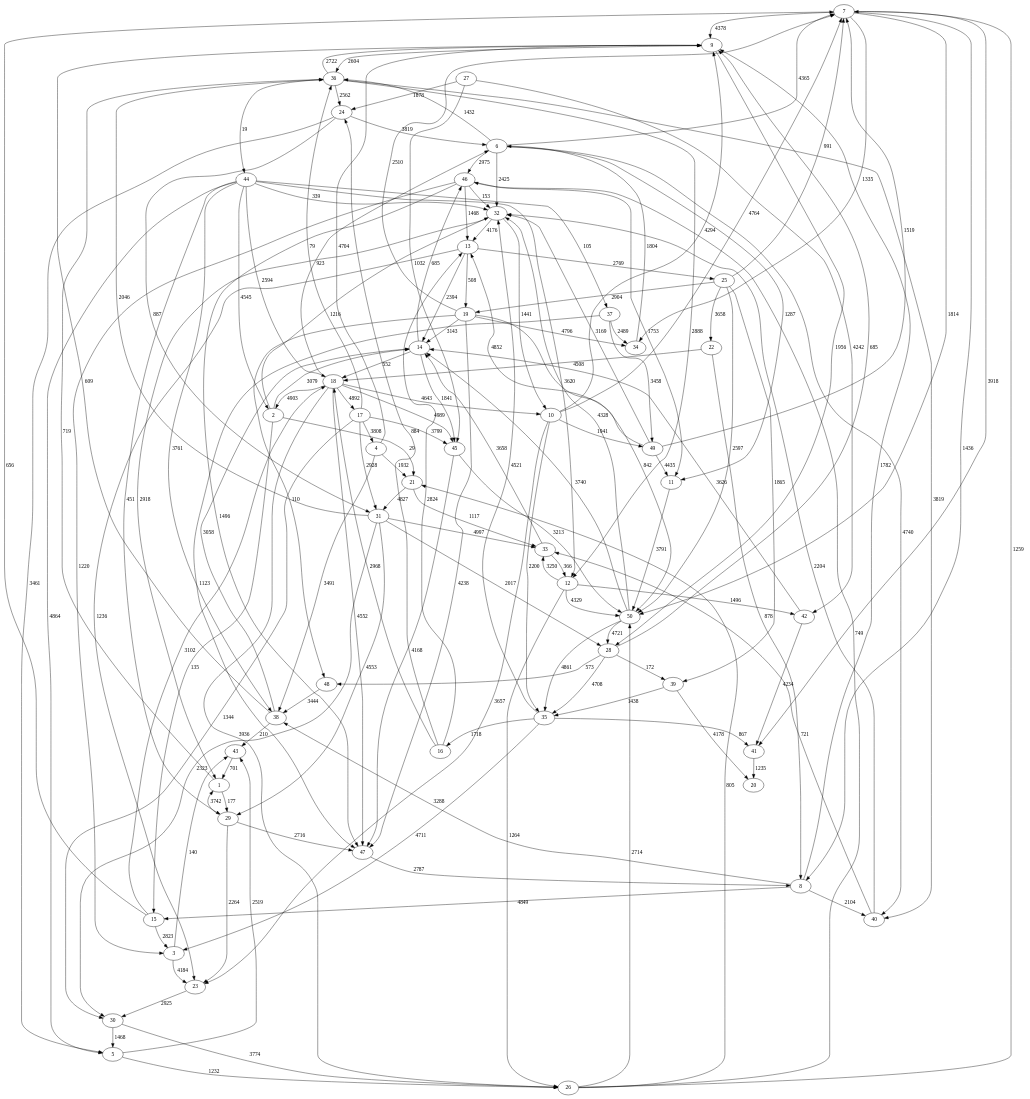
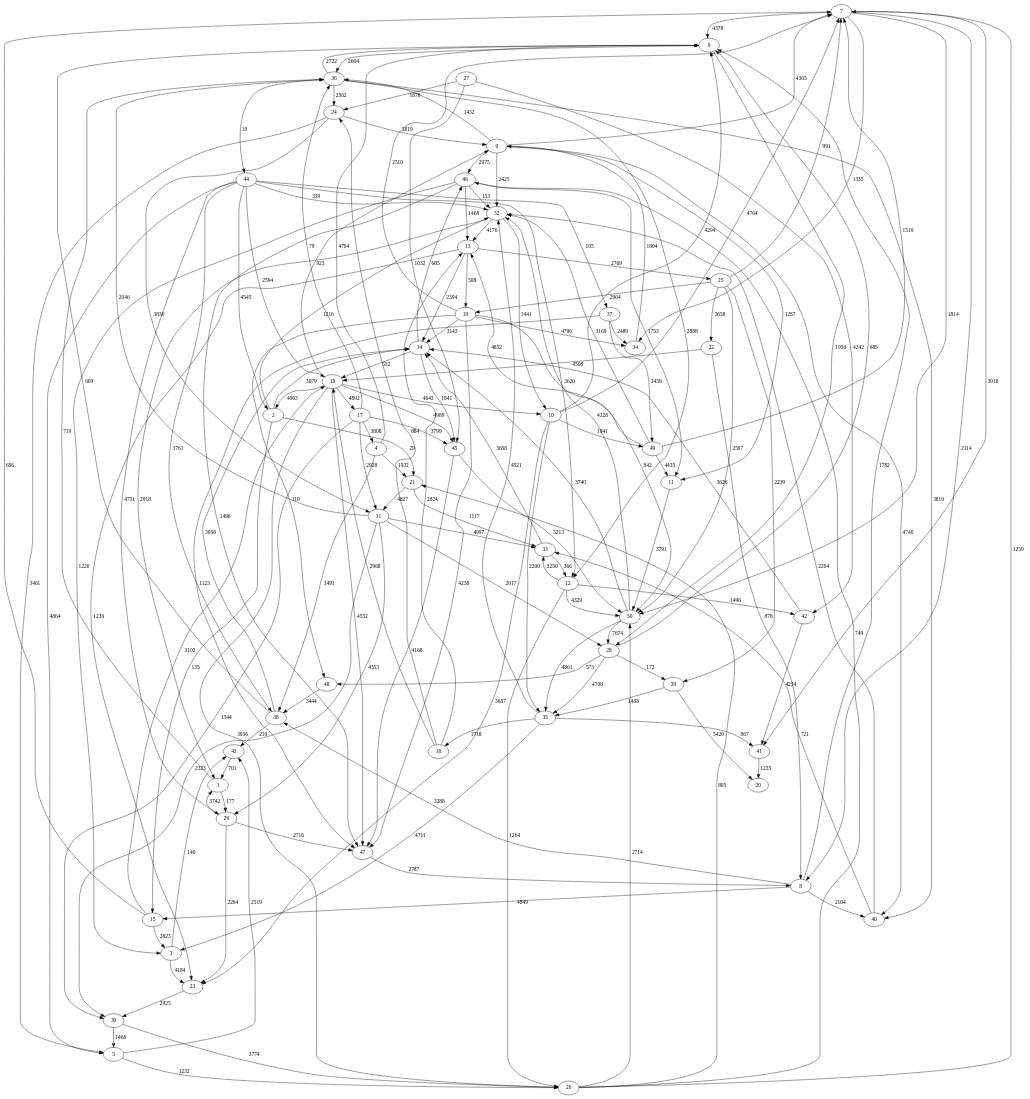
One commit to pedrovanzella/grafo-cpmf changed the diagram in docs/test_3.input.dot. Above: the diagram before and after it, drawn with Graphviz. The commit also changed 3 other files, not shown here.

```diff
--- a/docs/test_3.input.dot
+++ b/docs/test_3.input.dot
@@ -1,161 +1,161 @@
 strict digraph  {
 	7 -> 9	 [label=4378];
-	7 -> 8	 [label=1436];
+	7 -> 8	 [label=2114];
 	7 -> 50	 [label=1814];
 	7 -> 41	 [label=3918];
 	7 -> 34	 [label=1335];
 	9 -> 36	 [label=2604];
 	9 -> 28	 [label=1956];
 	8 -> 9	 [label=1782];
 	8 -> 15	 [label=4849];
 	8 -> 40	 [label=2104];
 	8 -> 38	 [label=3288];
-	50 -> 28	 [label=4721];
+	50 -> 28	 [label=7674];
 	50 -> 32	 [label=4328];
 	50 -> 14	 [label=3740];
 	50 -> 35	 [label=4861];
 	41 -> 20	 [label=1235];
 	34 -> 6	 [label=1804];
 	36 -> 9	 [label=2722];
 	36 -> 44	 [label=19];
 	36 -> 40	 [label=3819];
 	36 -> 12	 [label=2888];
 	36 -> 24	 [label=2562];
 	28 -> 9	 [label=685];
 	28 -> 35	 [label=4708];
 	28 -> 39	 [label=172];
 	28 -> 48	 [label=573];
 	49 -> 7	 [label=1519];
 	49 -> 11	 [label=4435];
 	49 -> 32	 [label=3169];
 	49 -> 13	 [label=4852];
 	11 -> 50	 [label=3791];
 	32 -> 13	 [label=4176];
 	32 -> 10	 [label=1441];
 	32 -> 1	 [label=2918];
 	13 -> 14	 [label=2394];
 	13 -> 23	 [label=1236];
 	13 -> 19	 [label=508];
 	13 -> 25	 [label=2769];
 	2 -> 32	 [label=1216];
 	2 -> 21	 [label=29];
 	2 -> 15	 [label=135];
 	2 -> 14	 [label=3079];
 	21 -> 33	 [label=1117];
 	21 -> 31	 [label=4827];
 	15 -> 7	 [label=656];
 	15 -> 18	 [label=3102];
 	15 -> 3	 [label=2823];
 	14 -> 18	 [label=552];
 	14 -> 45	 [label=1841];
 	14 -> 46	 [label=685];
 	10 -> 7	 [label=4764];
 	10 -> 9	 [label=4294];
 	10 -> 49	 [label=1941];
 	10 -> 35	 [label=2200];
 	10 -> 23	 [label=3657];
 	1 -> 36	 [label=719];
 	1 -> 29	 [label=177];
 	44 -> 32	 [label=339];
 	44 -> 2	 [label=4545];
 	44 -> 12	 [label=3620];
 	44 -> 5	 [label=4864];
-	44 -> 29	 [label=451];
+	44 -> 29	 [label=4751];
 	44 -> 18	 [label=2594];
 	44 -> 38	 [label=3761];
 	44 -> 37	 [label=105];
 	40 -> 32	 [label=2204];
 	40 -> 33	 [label=721];
 	12 -> 50	 [label=4329];
 	12 -> 33	 [label=3250];
 	12 -> 26	 [label=1264];
 	12 -> 42	 [label=1496];
 	24 -> 5	 [label=3461];
 	24 -> 6	 [label=3819];
-	24 -> 31	 [label=887];
+	24 -> 31	 [label=3830];
 	5 -> 43	 [label=2519];
 	5 -> 26	 [label=1232];
 	29 -> 1	 [label=3742];
 	29 -> 47	 [label=2716];
 	29 -> 23	 [label=2264];
 	18 -> 2	 [label=4903];
 	18 -> 10	 [label=4643];
 	18 -> 45	 [label=4989];
 	18 -> 47	 [label=4552];
 	18 -> 6	 [label=923];
 	18 -> 26	 [label=3936];
 	18 -> 17	 [label=4892];
 	38 -> 9	 [label=609];
 	38 -> 14	 [label=3058];
 	38 -> 43	 [label=210];
 	37 -> 34	 [label=2489];
 	37 -> 49	 [label=3458];
 	37 -> 47	 [label=1123];
 	45 -> 50	 [label=3213];
 	45 -> 47	 [label=4168];
 	47 -> 8	 [label=2787];
 	35 -> 41	 [label=867];
 	35 -> 32	 [label=4521];
 	35 -> 3	 [label=4711];
 	35 -> 16	 [label=1718];
 	33 -> 14	 [label=3658];
 	33 -> 12	 [label=366];
 	6 -> 7	 [label=4365];
 	6 -> 36	 [label=1432];
 	6 -> 11	 [label=1287];
 	6 -> 32	 [label=2425];
 	6 -> 40	 [label=4740];
 	6 -> 46	 [label=2975];
 	46 -> 11	 [label=1753];
 	46 -> 32	 [label=153];
 	46 -> 13	 [label=1468];
 	46 -> 47	 [label=1496];
 	46 -> 3	 [label=1220];
 	43 -> 1	 [label=701];
 	31 -> 36	 [label=2046];
 	31 -> 28	 [label=2017];
 	31 -> 29	 [label=4553];
 	31 -> 33	 [label=4997];
 	31 -> 30	 [label=2323];
 	26 -> 7	 [label=1259];
 	26 -> 50	 [label=2714];
 	26 -> 21	 [label=805];
 	26 -> 46	 [label=749];
 	23 -> 30	 [label=2925];
 	19 -> 7	 [label=2510];
 	19 -> 50	 [label=842];
 	19 -> 34	 [label=4796];
 	19 -> 14	 [label=3143];
 	19 -> 47	 [label=4238];
 	19 -> 48	 [label=110];
 	25 -> 7	 [label=991];
 	25 -> 50	 [label=2597];
 	25 -> 19	 [label=2904];
-	25 -> 39	 [label=1865];
+	25 -> 39	 [label=2239];
 	25 -> 22	 [label=3658];
 	30 -> 5	 [label=1468];
 	30 -> 26	 [label=3774];
 	3 -> 43	 [label=140];
 	3 -> 23	 [label=4184];
 	17 -> 36	 [label=79];
 	17 -> 45	 [label=3799];
 	17 -> 31	 [label=2928];
 	17 -> 30	 [label=1344];
 	17 -> 4	 [label=3808];
 	4 -> 9	 [label=4704];
 	4 -> 21	 [label=1932];
 	4 -> 38	 [label=3491];
 	39 -> 35	 [label=1438];
-	39 -> 20	 [label=4178];
+	39 -> 20	 [label=5420];
 	48 -> 38	 [label=3444];
 	22 -> 8	 [label=878];
 	22 -> 18	 [label=4508];
 	42 -> 41	 [label=4234];
 	42 -> 14	 [label=3626];
 	27 -> 24	 [label=1878];
 	27 -> 45	 [label=1032];
 	27 -> 42	 [label=4242];
 	16 -> 13	 [label=2824];
 	16 -> 24	 [label=884];
 	16 -> 18	 [label=2968];
 }
```
